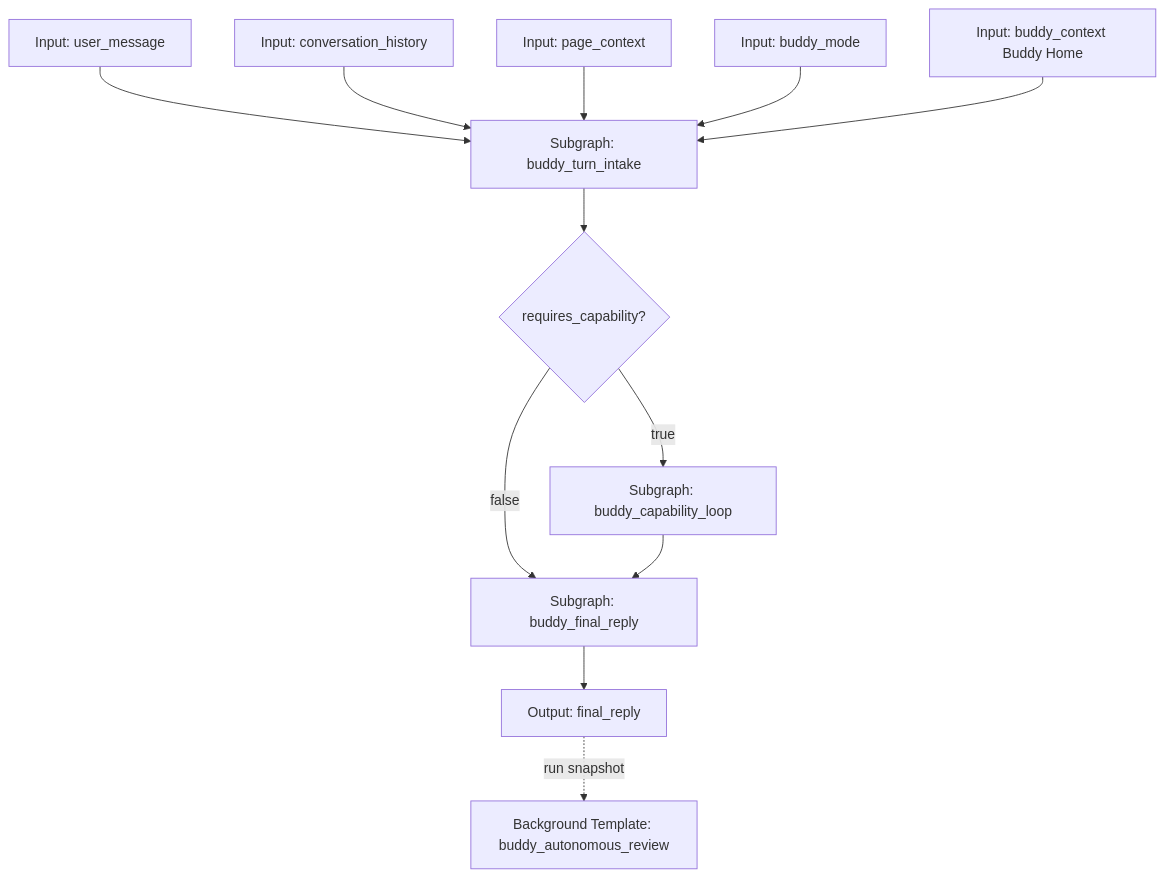
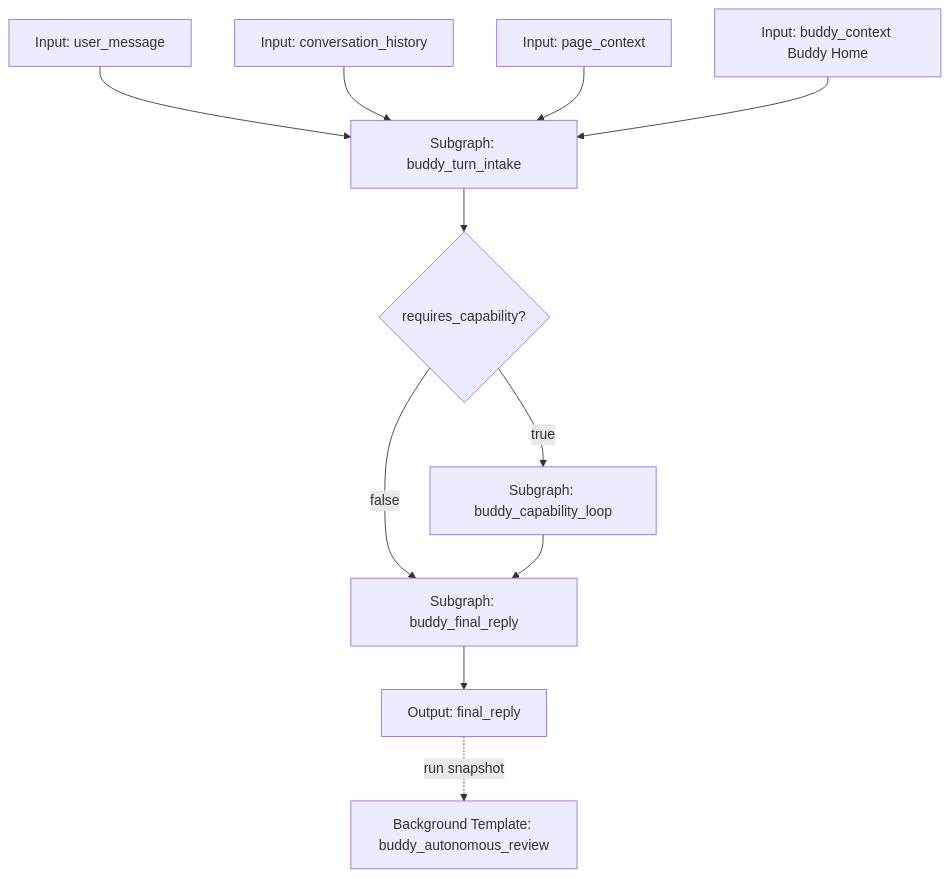
One commit to OoABYSSoO/TooGraph changed the first of 4 diagrams in docs/future/buddy-autonomous-agent-roadmap.md. Above: the diagram before and after it, drawn with Mermaid. The commit also changed other lines of this file and 13 other files, not shown here.

````diff
--- a/docs/future/buddy-autonomous-agent-roadmap.md
+++ b/docs/future/buddy-autonomous-agent-roadmap.md
@@ -81,15 +86,14 @@
 ```mermaid
 flowchart TD
   U[Input: user_message] --> I[Subgraph: buddy_turn_intake]
   H[Input: conversation_history] --> I
   P[Input: page_context] --> I
-  M[Input: buddy_mode] --> I
   B[Input: buddy_context Buddy Home] --> I
 
   I --> C{requires_capability?}
   C -- false --> F[Subgraph: buddy_final_reply]
   C -- true --> L[Subgraph: buddy_capability_loop]
   L --> F
   F --> O[Output: final_reply]
   O -. run snapshot .-> R[Background Template: buddy_autonomous_review]
 ```
````
